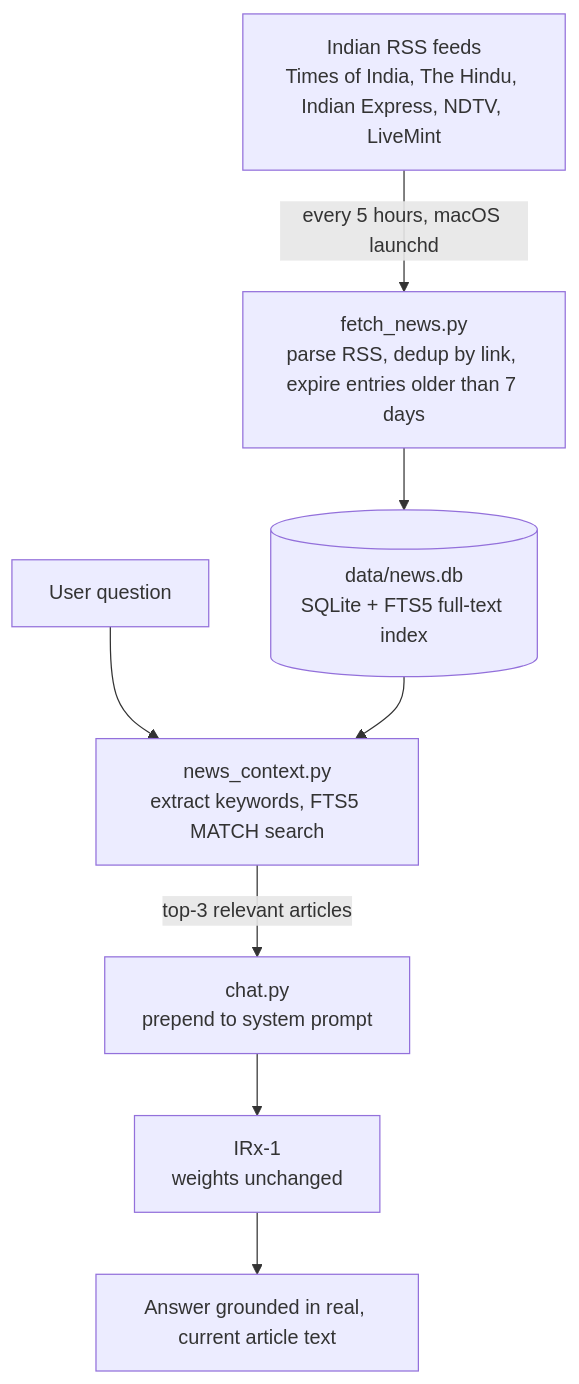
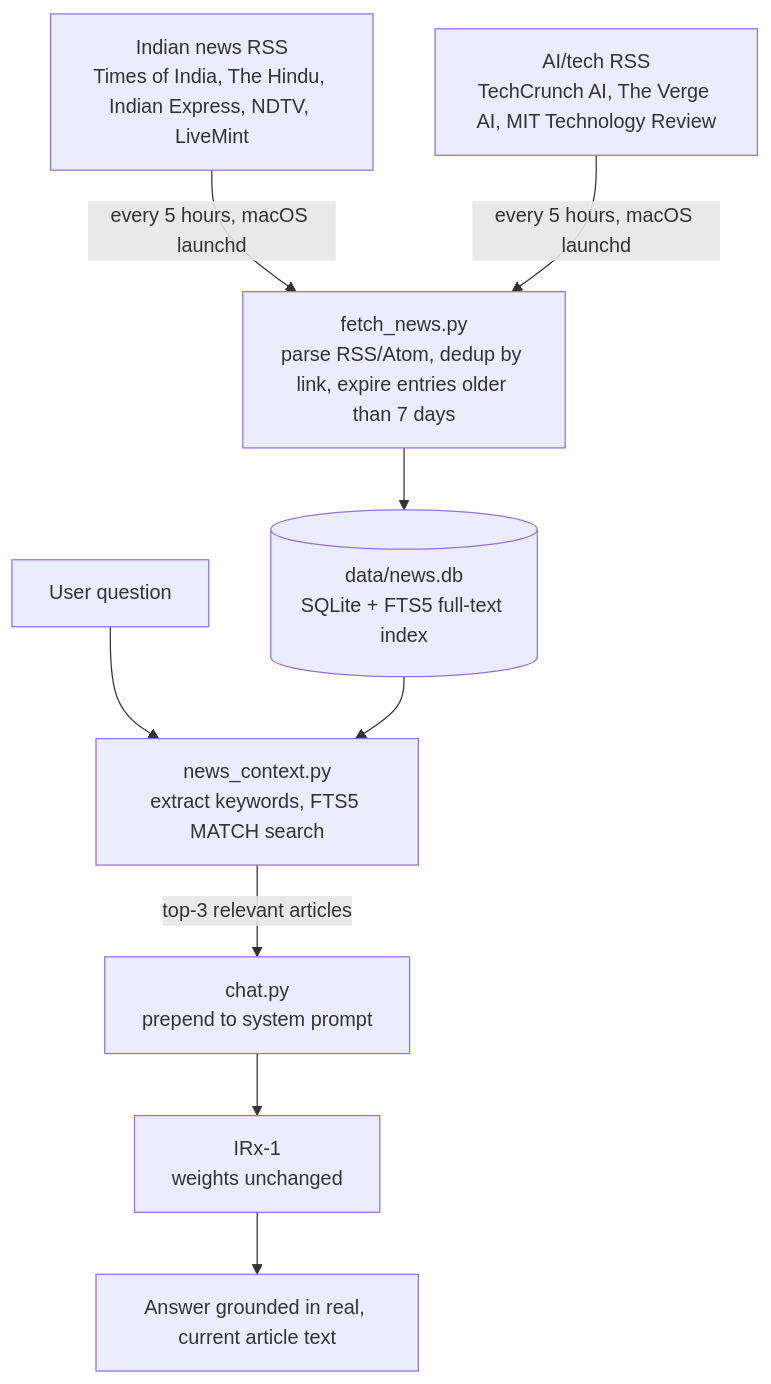
The second of 2 diagrams in README.md (ikppramesh/irx-1), drawn with Mermaid before and after one commit. The commit also changed other lines of this file and 2 other files, not shown here.

````diff
--- a/README.md
+++ b/README.md
@@ -190,12 +190,14 @@
 ```mermaid
 flowchart TD
-    A[Indian RSS feeds<br/>Times of India, The Hindu, Indian Express, NDTV, LiveMint]
-    A -->|every 5 hours, macOS launchd| B[fetch_news.py<br/>parse RSS, dedup by link, expire entries older than 7 days]
+    A1[Indian news RSS<br/>Times of India, The Hindu, Indian Express, NDTV, LiveMint]
+    A2[AI/tech RSS<br/>TechCrunch AI, The Verge AI, MIT Technology Review]
+    A1 -->|every 5 hours, macOS launchd| B[fetch_news.py<br/>parse RSS/Atom, dedup by link, expire entries older than 7 days]
+    A2 -->|every 5 hours, macOS launchd| B
     B --> C[(data/news.db<br/>SQLite + FTS5 full-text index)]
 
     Q[User question] --> E[news_context.py<br/>extract keywords, FTS5 MATCH search]
     C --> E
     E -->|top-3 relevant articles| F[chat.py<br/>prepend to system prompt]
     F --> G[IRx-1<br/>weights unchanged]
     G --> R[Answer grounded in real, current article text]
 ```
````
